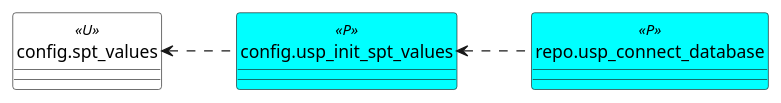
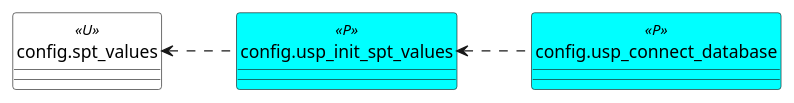
Before and after one commit to DataHandwerk/dhw-antora-docs: the diagram in docs/modules/sqldb/partials/puml/entity_1_1_objectref/config.usp_init_spt_values.puml, drawn with PlantUML. The commit also changed 2449 other files, not shown here.

```diff
--- a/docs/modules/sqldb/partials/puml/entity_1_1_objectref/config.usp_init_spt_values.puml
+++ b/docs/modules/sqldb/partials/puml/entity_1_1_objectref/config.usp_init_spt_values.puml
@@ -1,36 +1,36 @@
 left to right direction
 hide circle
 'avoide "." issues:
 set namespaceSeparator none
 
 
 skinparam class {
   BackgroundColor White
   BackgroundColor<<FN>> Yellow
   BackgroundColor<<FS>> Yellow
   BackgroundColor<<FT>> LightGray
   BackgroundColor<<IF>> Yellow
   BackgroundColor<<IS>> Yellow
   BackgroundColor<<P>> Aqua
   BackgroundColor<<PC>> Aqua
   BackgroundColor<<SN>> Yellow
   BackgroundColor<<SO>> SlateBlue
   BackgroundColor<<TF>> LightGray
   BackgroundColor<<TR>> Tomato
   BackgroundColor<<U>> White
   BackgroundColor<<V>> WhiteSmoke
   BackgroundColor<<X>> Aqua
 }
 
 
 entity config.spt_values << U >> {
 }
 
+entity config.usp_connect_database << P >> {
+}
+
 entity config.usp_init_spt_values << P >> {
 }
 
-entity repo.usp_connect_database << P >> {
-}
-
 config.spt_values <.. config.usp_init_spt_values
-config.usp_init_spt_values <.. repo.usp_connect_database
+config.usp_init_spt_values <.. config.usp_connect_database
```
